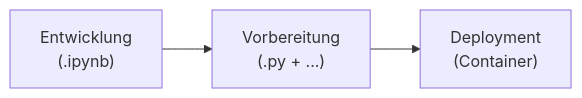
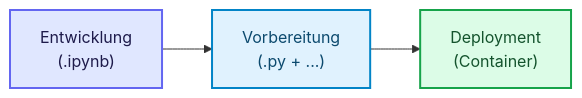
Before and after one commit to ralf-42/ML_Intro: the diagram in docs/deployment/aus-entwicklung-ins-deployment.md, drawn with Mermaid. The commit also changed 49 other files, not shown here.

````diff
--- a/docs/deployment/aus-entwicklung-ins-deployment.md
+++ b/docs/deployment/aus-entwicklung-ins-deployment.md
@@ -30,5 +30,12 @@
 ```mermaid
 flowchart LR
     A["Entwicklung\n(.ipynb)"] --> B["Vorbereitung\n(.py + ...)"]
     B --> C["Deployment\n(Container)"]
+
+    classDef default fill:#e0f2fe,stroke:#0284c7,stroke-width:2px,color:#0c4a6e;
+    classDef input fill:#e0e7ff,stroke:#6366f1,stroke-width:2px,color:#1e1b4b;
+    classDef output fill:#dcfce7,stroke:#16a34a,stroke-width:2px,color:#14532d;
+
+    class A input;
+    class C output;
 ```
````
